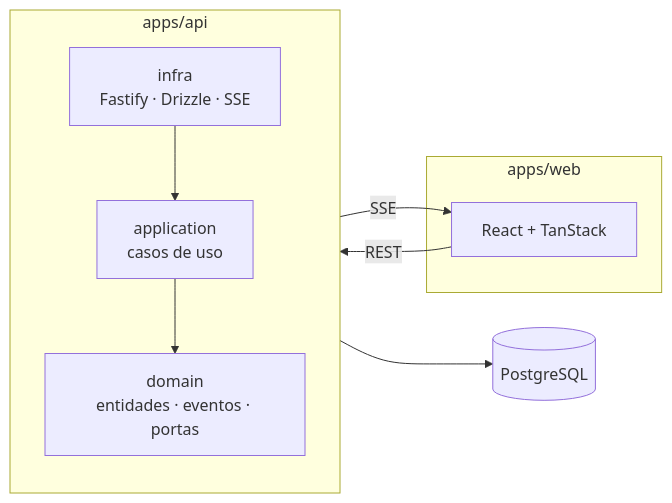
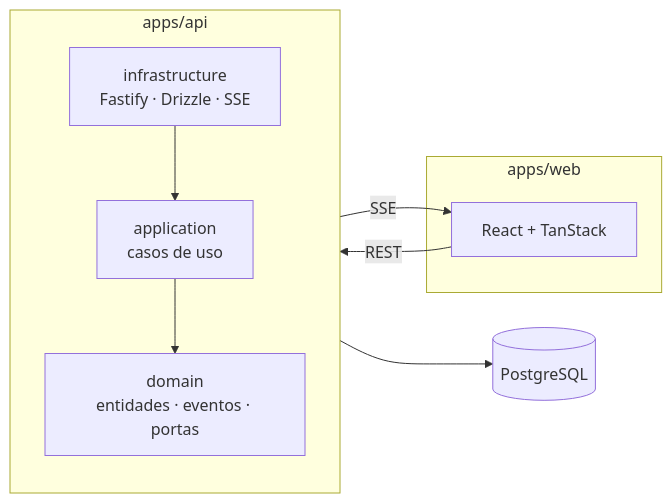
One commit to diegocoelho-svg/marmitaria-os changed the second of 2 diagrams in README.md. Above: the diagram before and after it, drawn with Mermaid. The commit also changed other lines of this file and 61 other files, not shown here.

````diff
--- a/README.md
+++ b/README.md
@@ -142,14 +142,14 @@
 ```mermaid
 flowchart LR
     subgraph web[apps/web]
         UI[React + TanStack]
     end
     subgraph api[apps/api]
         direction TB
-        INFRA[infra<br/>Fastify · Drizzle · SSE] --> APP[application<br/>casos de uso]
+        INFRA[infrastructure<br/>Fastify · Drizzle · SSE] --> APP[application<br/>casos de uso]
         APP --> DOMAIN[domain<br/>entidades · eventos · portas]
     end
     UI -- REST --> INFRA
     INFRA -- SSE --> UI
     INFRA --> PG[(PostgreSQL)]
 ```
````
